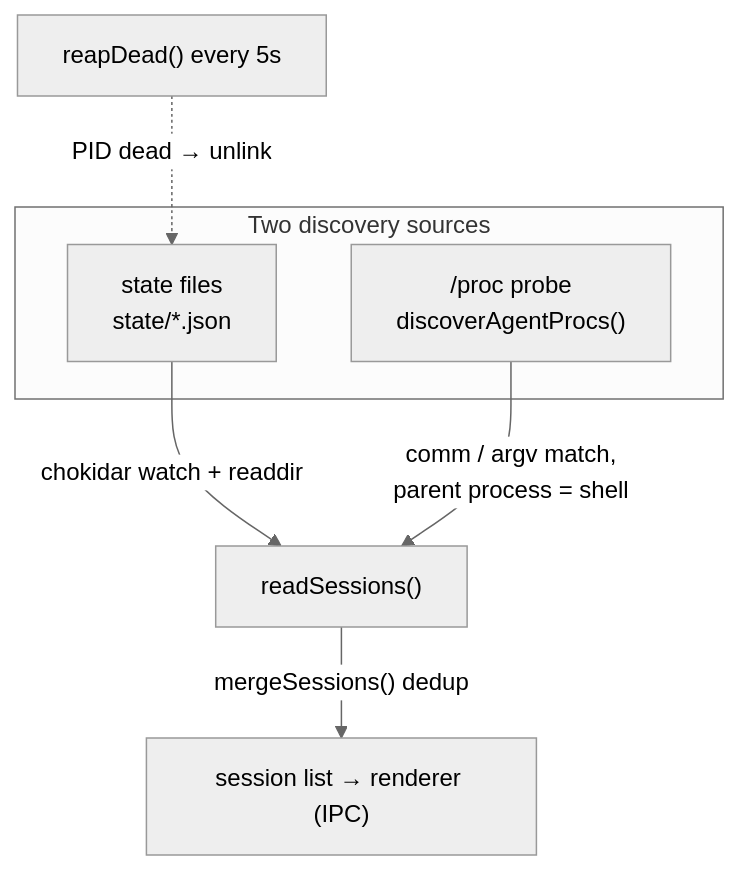
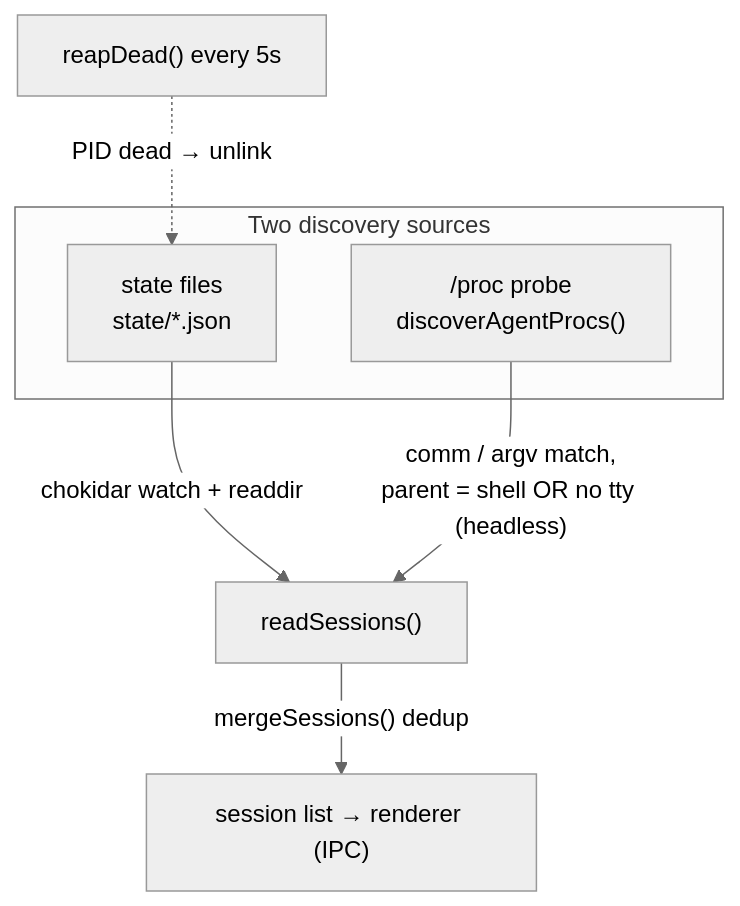
Before and after one commit to aronpc/ai-traffic-lights: the fourth of 4 diagrams in docs/ARCHITECTURE.md, drawn with Mermaid (neutral theme). The commit also changed other lines of this file and 15 other files, not shown here.

````diff
--- a/docs/ARCHITECTURE.md
+++ b/docs/ARCHITECTURE.md
@@ -353,11 +354,11 @@
 ```mermaid
 flowchart TD
     subgraph sources["Two discovery sources"]
         SF["state files<br/>state/*.json"]
         PP["/proc probe<br/>discoverAgentProcs()"]
     end
     SF -->|"chokidar watch + readdir"| M["readSessions()"]
-    PP -->|"comm / argv match,<br/>parent process = shell"| M
+    PP -->|"comm / argv match,<br/>parent = shell OR no tty (headless)"| M
     M -->|"mergeSessions() dedup"| RS["session list → renderer (IPC)"]
     RD["reapDead() every 5s"] -.->|"PID dead → unlink"| SF
 ```
````
